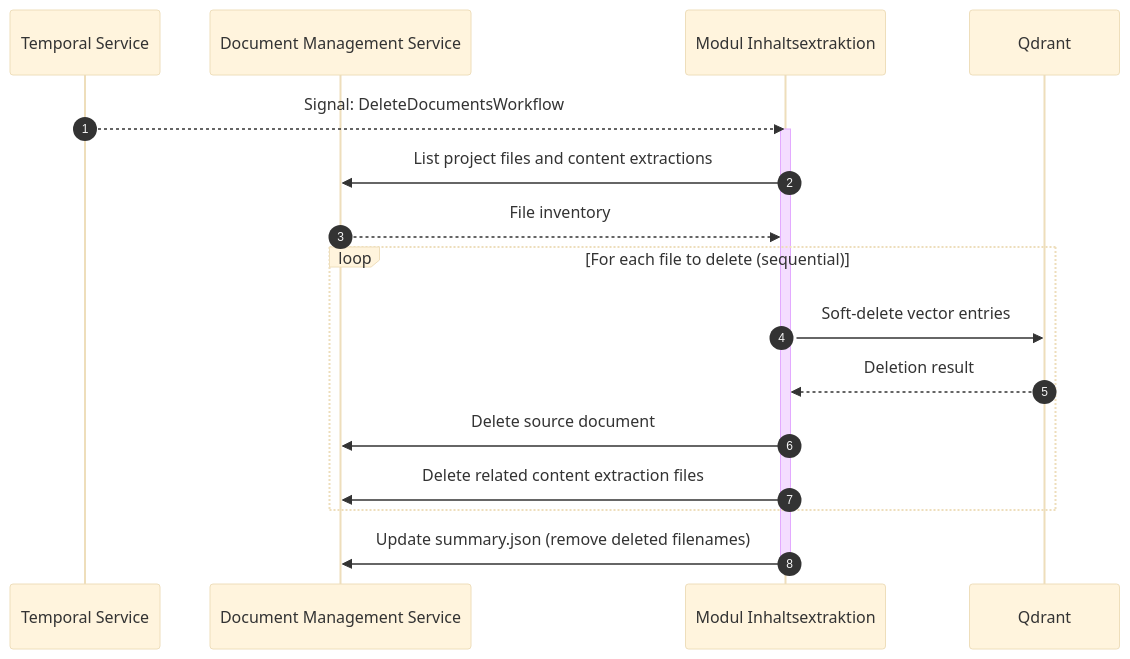
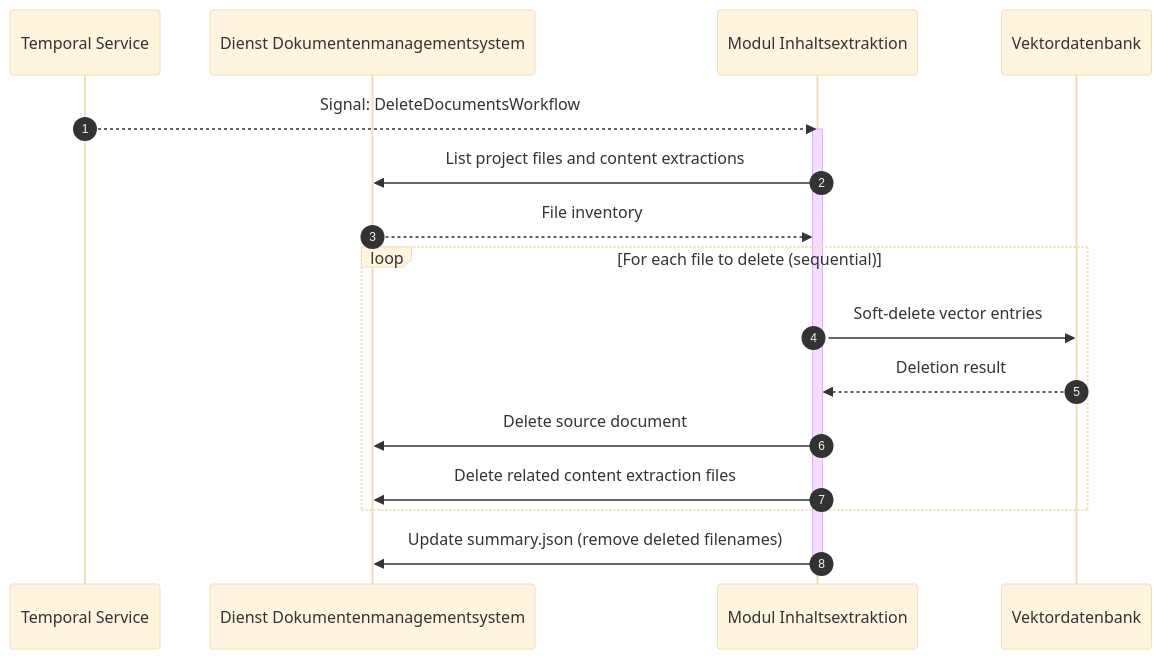
Before and after one commit to ROBROICH/spark-azure-deploy: the second of 2 diagrams in 05-modulcluster/modul-inhaltsextraktion/README.md, drawn with Mermaid (base theme). The commit also changed other lines of this file and 4373 other files, not shown here.

````diff
--- a/05-modulcluster/modul-inhaltsextraktion/README.md
+++ b/05-modulcluster/modul-inhaltsextraktion/README.md
@@ -77,23 +77,23 @@
 ```mermaid
 sequenceDiagram
     autonumber
     participant Temporal as Temporal Service
-    participant DMS as Document Management Service
+    participant DMS as Dienst Dokumentenmanagementsystem
     participant Worker as Modul Inhaltsextraktion
-    participant Qdrant as Qdrant
+    participant Qdrant as Vektordatenbank
 
     Temporal-->>Worker: Signal: DeleteDocumentsWorkflow
     activate Worker
     Worker->>DMS: List project files and content extractions
     DMS-->>Worker: File inventory
 
     loop For each file to delete (sequential)
         Worker->>Qdrant: Soft-delete vector entries
         Qdrant-->>Worker: Deletion result
         Worker->>DMS: Delete source document
         Worker->>DMS: Delete related content extraction files
     end
 
     Worker->>DMS: Update summary.json (remove deleted filenames)
     deactivate Worker
 ```
````
